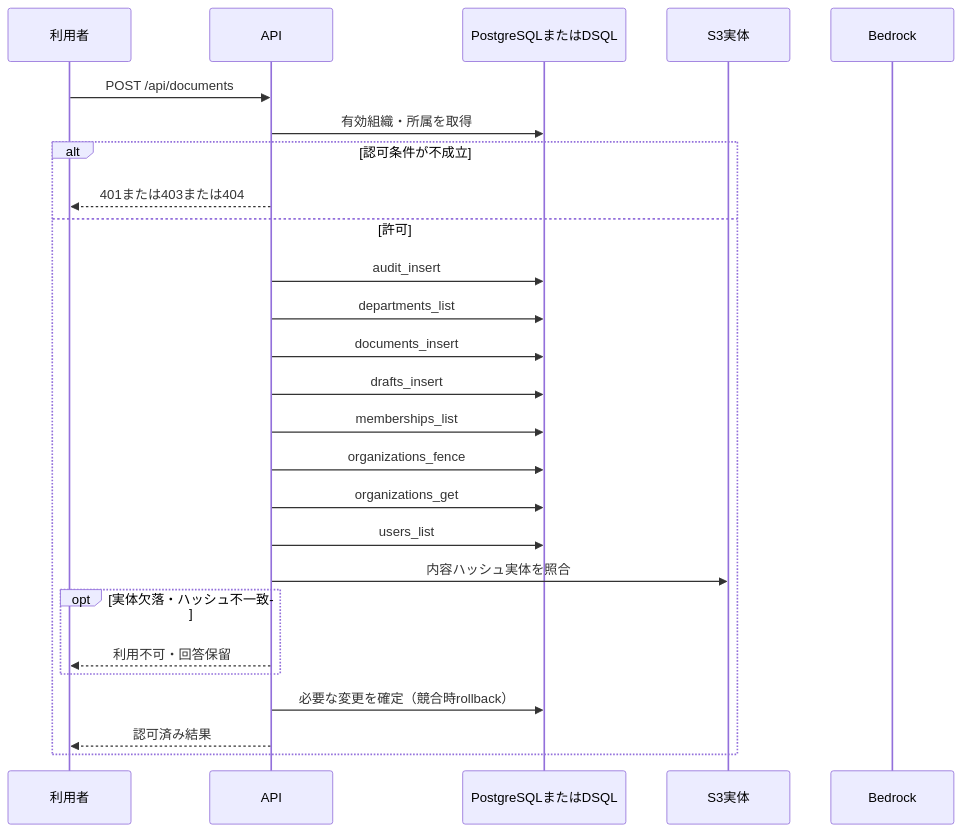
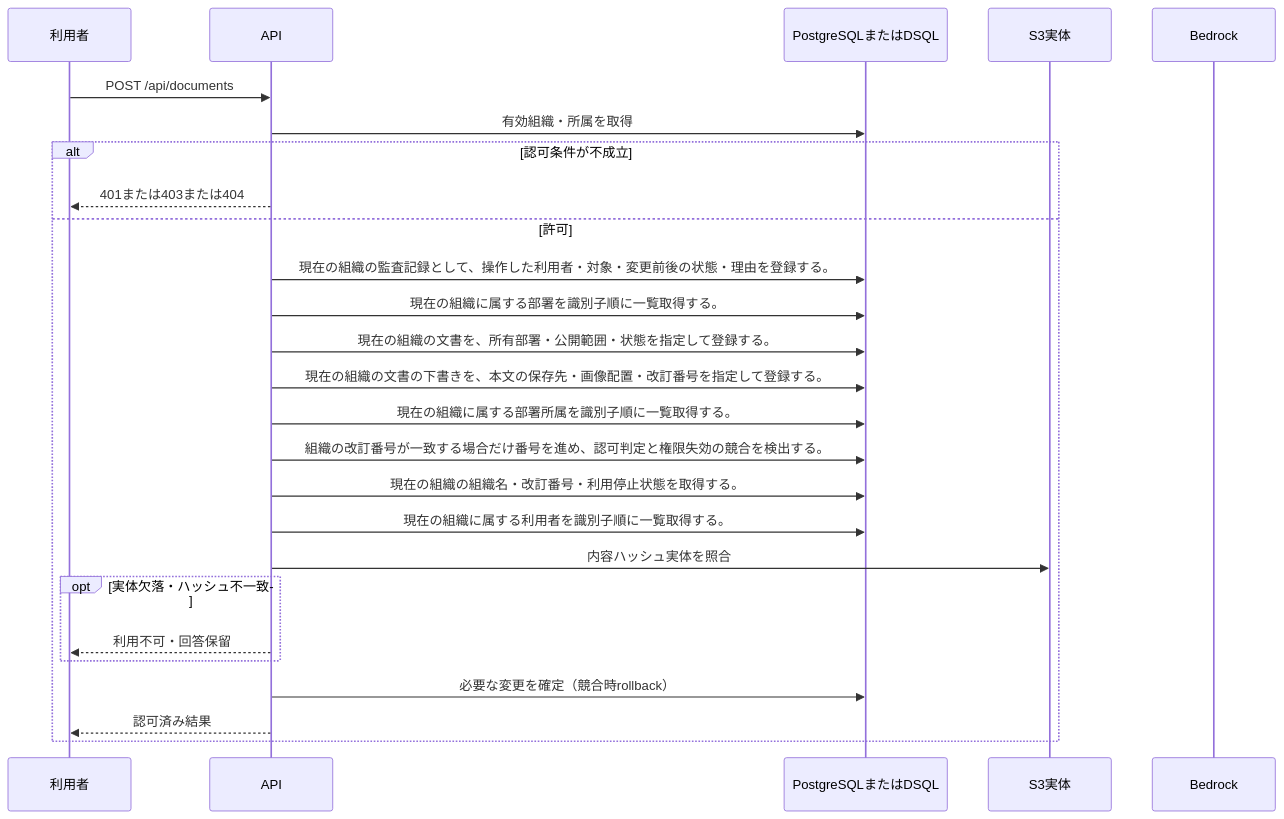
Before and after one commit to tsuji-tomonori/KotoRelay: the diagram in docs/design/generated/api/documents/create_document/sequence.md, drawn with Mermaid. The commit also changed other lines of this file and 286 other files, not shown here.

````diff
--- a/docs/design/generated/api/documents/create_document/sequence.md
+++ b/docs/design/generated/api/documents/create_document/sequence.md
@@ -7,28 +7,28 @@
 ```mermaid
 sequenceDiagram
     participant U as 利用者
     participant A as API
     participant D as PostgreSQLまたはDSQL
     participant S as S3実体
     participant M as Bedrock
     U->>A: POST /api/documents
     A->>D: 有効組織・所属を取得
     alt 認可条件が不成立
         A-->>U: 401または403または404
     else 許可
-        A->>D: audit_insert
-        A->>D: departments_list
-        A->>D: documents_insert
-        A->>D: drafts_insert
-        A->>D: memberships_list
-        A->>D: organizations_fence
-        A->>D: organizations_get
-        A->>D: users_list
+        A->>D: 現在の組織の監査記録として、操作した利用者・対象・変更前後の状態・理由を登録する。
+        A->>D: 現在の組織に属する部署を識別子順に一覧取得する。
+        A->>D: 現在の組織の文書を、所有部署・公開範囲・状態を指定して登録する。
+        A->>D: 現在の組織の文書の下書きを、本文の保存先・画像配置・改訂番号を指定して登録する。
+        A->>D: 現在の組織に属する部署所属を識別子順に一覧取得する。
+        A->>D: 組織の改訂番号が一致する場合だけ番号を進め、認可判定と権限失効の競合を検出する。
+        A->>D: 現在の組織の組織名・改訂番号・利用停止状態を取得する。
+        A->>D: 現在の組織に属する利用者を識別子順に一覧取得する。
         A->>S: 内容ハッシュ実体を照合
         opt 実体欠落・ハッシュ不一致
             A-->>U: 利用不可・回答保留
         end
         A->>D: 必要な変更を確定（競合時rollback）
         A-->>U: 認可済み結果
     end
 ```
````
